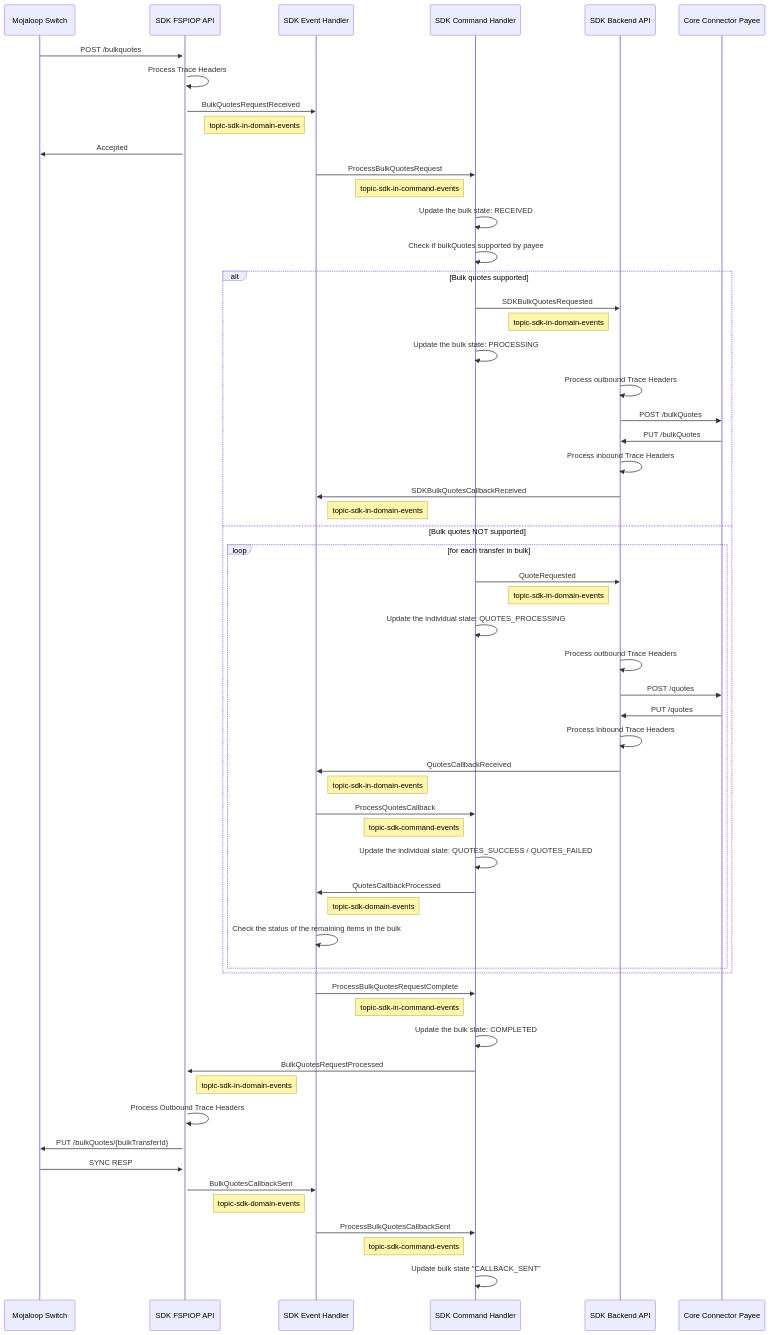
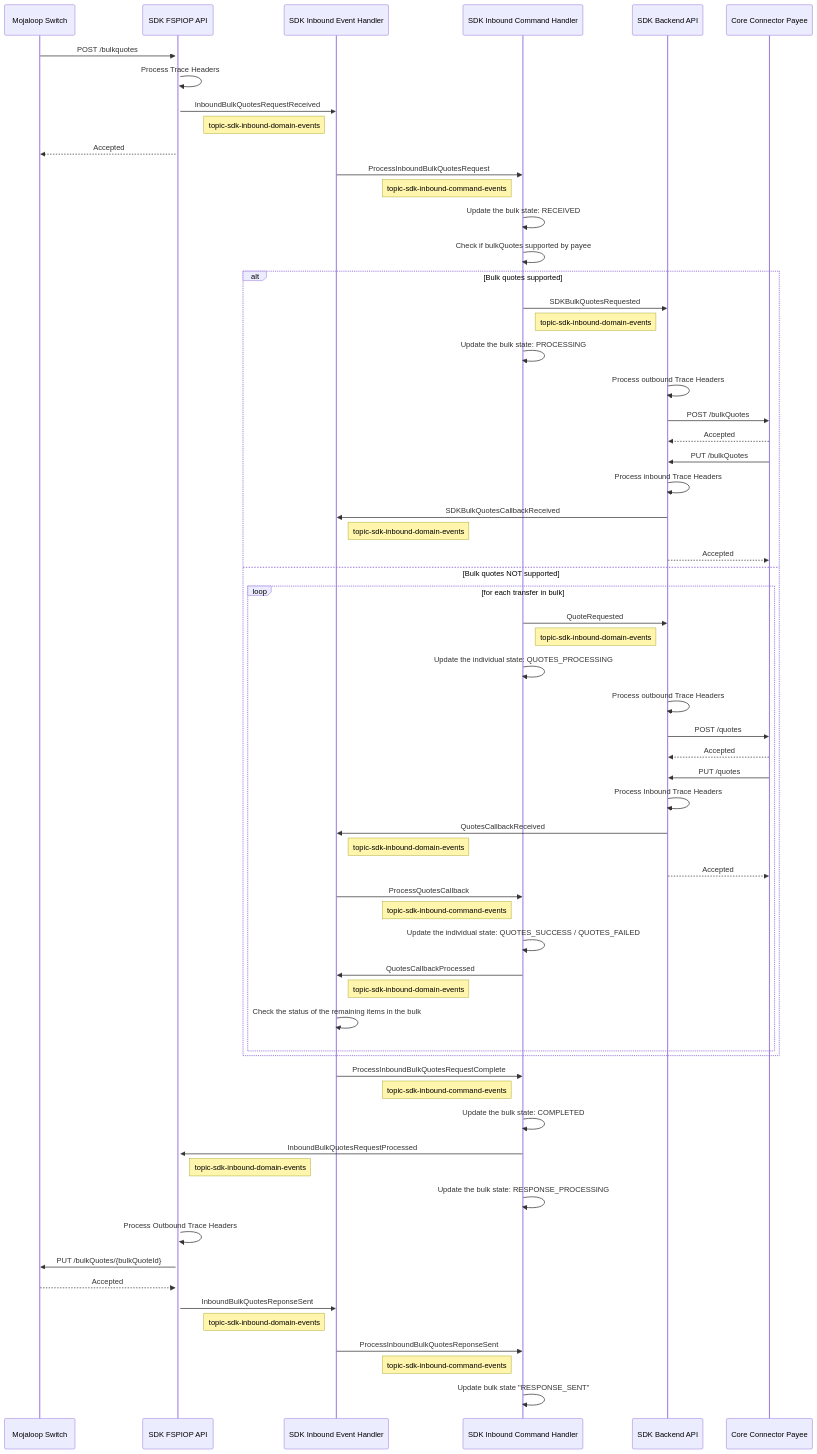
The diagram in docs/design-bulk-transfers/inbound-bulk-quotes-sequence.md (mojaloop/sdk-scheme-adapter), drawn with Mermaid before and after one commit. The commit also changed 1 other file, not shown here.

Commit message:
changed the inbound transfer event names

````diff
--- a/docs/design-bulk-transfers/inbound-bulk-quotes-sequence.md
+++ b/docs/design-bulk-transfers/inbound-bulk-quotes-sequence.md
@@ -3,63 +3,68 @@
 ```mermaid
 sequenceDiagram
     participant MojaloopSwitch as Mojaloop Switch
     participant SDKFspiopApi as SDK FSPIOP API
-    participant SDKEventHandler as SDK Event Handler
-    participant SDKCommandHandler as SDK Command Handler
+    participant SDKInboundEventHandler as SDK Inbound Event Handler
+    participant SDKInboundCommandHandler as SDK Inbound Command Handler
     participant SDKBackendApi as SDK Backend API
     participant CoreConnector as Core Connector Payee
    
     MojaloopSwitch->>+SDKFspiopApi: POST /bulkquotes
     SDKFspiopApi->>SDKFspiopApi: Process Trace Headers
-    SDKFspiopApi->>SDKEventHandler: BulkQuotesRequestReceived
-    Note left of SDKEventHandler: topic-sdk-in-domain-events
-    SDKFspiopApi->>MojaloopSwitch: Accepted
-    SDKEventHandler->>SDKCommandHandler: ProcessBulkQuotesRequest
-    Note left of SDKCommandHandler: topic-sdk-in-command-events
-    SDKCommandHandler->>SDKCommandHandler: Update the bulk state: RECEIVED
-    SDKCommandHandler->>SDKCommandHandler: Check if bulkQuotes supported by payee
+    SDKFspiopApi->>SDKInboundEventHandler: InboundBulkQuotesRequestReceived
+    Note left of SDKInboundEventHandler: topic-sdk-inbound-domain-events
+    SDKFspiopApi-->>MojaloopSwitch: Accepted
+    SDKInboundEventHandler->>SDKInboundCommandHandler: ProcessInboundBulkQuotesRequest
+    Note left of SDKInboundCommandHandler: topic-sdk-inbound-command-events
+    SDKInboundCommandHandler->>SDKInboundCommandHandler: Update the bulk state: RECEIVED
+    SDKInboundCommandHandler->>SDKInboundCommandHandler: Check if bulkQuotes supported by payee
 
     alt Bulk quotes supported
-        SDKCommandHandler->>SDKBackendApi: SDKBulkQuotesRequested
-        Note left of SDKBackendApi: topic-sdk-in-domain-events
-        SDKCommandHandler->>SDKCommandHandler: Update the bulk state: PROCESSING
+        SDKInboundCommandHandler->>SDKBackendApi: SDKBulkQuotesRequested
+        Note left of SDKBackendApi: topic-sdk-inbound-domain-events
+        SDKInboundCommandHandler->>SDKInboundCommandHandler: Update the bulk state: PROCESSING
         SDKBackendApi->>SDKBackendApi: Process outbound Trace Headers
         SDKBackendApi->>CoreConnector: POST /bulkQuotes
+        CoreConnector-->>SDKBackendApi: Accepted
         CoreConnector->>SDKBackendApi: PUT /bulkQuotes
         SDKBackendApi->>SDKBackendApi: Process inbound Trace Headers
-        SDKBackendApi->>SDKEventHandler: SDKBulkQuotesCallbackReceived
-        Note right of SDKEventHandler: topic-sdk-in-domain-events
+        SDKBackendApi->>SDKInboundEventHandler: SDKBulkQuotesCallbackReceived
+        Note right of SDKInboundEventHandler: topic-sdk-inbound-domain-events
+        SDKBackendApi-->>CoreConnector: Accepted
     else Bulk quotes NOT supported
         loop for each transfer in bulk
-            SDKCommandHandler->>SDKBackendApi: QuoteRequested
-            Note left of SDKBackendApi: topic-sdk-in-domain-events
-            SDKCommandHandler->>SDKCommandHandler: Update the individual state: QUOTES_PROCESSING
+            SDKInboundCommandHandler->>SDKBackendApi: QuoteRequested
+            Note left of SDKBackendApi: topic-sdk-inbound-domain-events
+            SDKInboundCommandHandler->>SDKInboundCommandHandler: Update the individual state: QUOTES_PROCESSING
             SDKBackendApi->>SDKBackendApi: Process outbound Trace Headers
             SDKBackendApi->>CoreConnector: POST /quotes
+            CoreConnector-->>SDKBackendApi: Accepted
             CoreConnector->>SDKBackendApi: PUT /quotes
             SDKBackendApi->>SDKBackendApi: Process Inbound Trace Headers
-            SDKBackendApi->>SDKEventHandler: QuotesCallbackReceived
-            Note right of SDKEventHandler: topic-sdk-in-domain-events
-            SDKEventHandler->>SDKCommandHandler: ProcessQuotesCallback
-            Note left of SDKCommandHandler: topic-sdk-command-events
-            SDKCommandHandler->>SDKCommandHandler: Update the individual state: QUOTES_SUCCESS / QUOTES_FAILED
-            SDKCommandHandler->>SDKEventHandler: QuotesCallbackProcessed
-            Note right of SDKEventHandler: topic-sdk-domain-events
-            SDKEventHandler->>SDKEventHandler: Check the status of the remaining items in the bulk
+            SDKBackendApi->>SDKInboundEventHandler: QuotesCallbackReceived
+            Note right of SDKInboundEventHandler: topic-sdk-inbound-domain-events
+            SDKBackendApi-->>CoreConnector: Accepted
+            SDKInboundEventHandler->>SDKInboundCommandHandler: ProcessQuotesCallback
+            Note left of SDKInboundCommandHandler: topic-sdk-inbound-command-events
+            SDKInboundCommandHandler->>SDKInboundCommandHandler: Update the individual state: QUOTES_SUCCESS / QUOTES_FAILED
+            SDKInboundCommandHandler->>SDKInboundEventHandler: QuotesCallbackProcessed
+            Note right of SDKInboundEventHandler: topic-sdk-inbound-domain-events
+            SDKInboundEventHandler->>SDKInboundEventHandler: Check the status of the remaining items in the bulk
         end
     end
-    SDKEventHandler->>SDKCommandHandler: ProcessBulkQuotesRequestComplete
-    Note left of SDKCommandHandler: topic-sdk-in-command-events
-    SDKCommandHandler->>SDKCommandHandler: Update the bulk state: COMPLETED
-    SDKCommandHandler->>SDKFspiopApi: BulkQuotesRequestProcessed
-    Note right of SDKFspiopApi: topic-sdk-in-domain-events
+    SDKInboundEventHandler->>SDKInboundCommandHandler: ProcessInboundBulkQuotesRequestComplete
+    Note left of SDKInboundCommandHandler: topic-sdk-inbound-command-events
+    SDKInboundCommandHandler->>SDKInboundCommandHandler: Update the bulk state: COMPLETED
+    SDKInboundCommandHandler->>SDKFspiopApi: InboundBulkQuotesRequestProcessed
+    Note right of SDKFspiopApi: topic-sdk-inbound-domain-events
+    SDKInboundCommandHandler->>SDKInboundCommandHandler: Update the bulk state: RESPONSE_PROCESSING
     SDKFspiopApi->>SDKFspiopApi: Process Outbound Trace Headers
-    SDKFspiopApi->>MojaloopSwitch: PUT /bulkQuotes/{bulkTransferId}
-    MojaloopSwitch->>SDKFspiopApi: SYNC RESP
-    SDKFspiopApi->>SDKEventHandler: BulkQuotesCallbackSent
-    Note left of SDKEventHandler: topic-sdk-domain-events
-    SDKEventHandler->>SDKCommandHandler: ProcessBulkQuotesCallbackSent
-    Note left of SDKCommandHandler: topic-sdk-command-events
-    SDKCommandHandler->>SDKCommandHandler: Update bulk state "CALLBACK_SENT"
+    SDKFspiopApi->>MojaloopSwitch: PUT /bulkQuotes/{bulkQuoteId}
+    MojaloopSwitch-->>SDKFspiopApi: Accepted
+    SDKFspiopApi->>SDKInboundEventHandler: InboundBulkQuotesReponseSent
+    Note left of SDKInboundEventHandler: topic-sdk-inbound-domain-events
+    SDKInboundEventHandler->>SDKInboundCommandHandler: ProcessInboundBulkQuotesReponseSent
+    Note left of SDKInboundCommandHandler: topic-sdk-inbound-command-events
+    SDKInboundCommandHandler->>SDKInboundCommandHandler: Update bulk state "RESPONSE_SENT"
 
 ```
````
